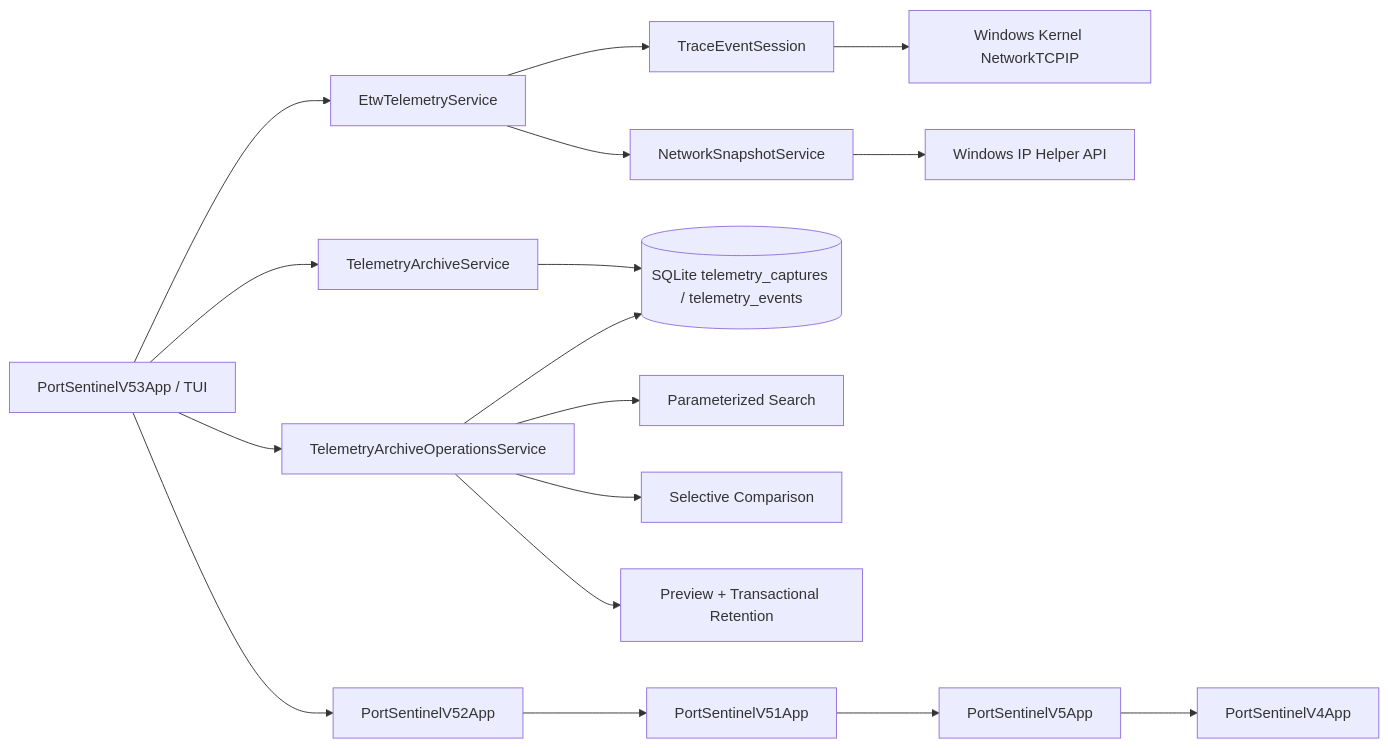
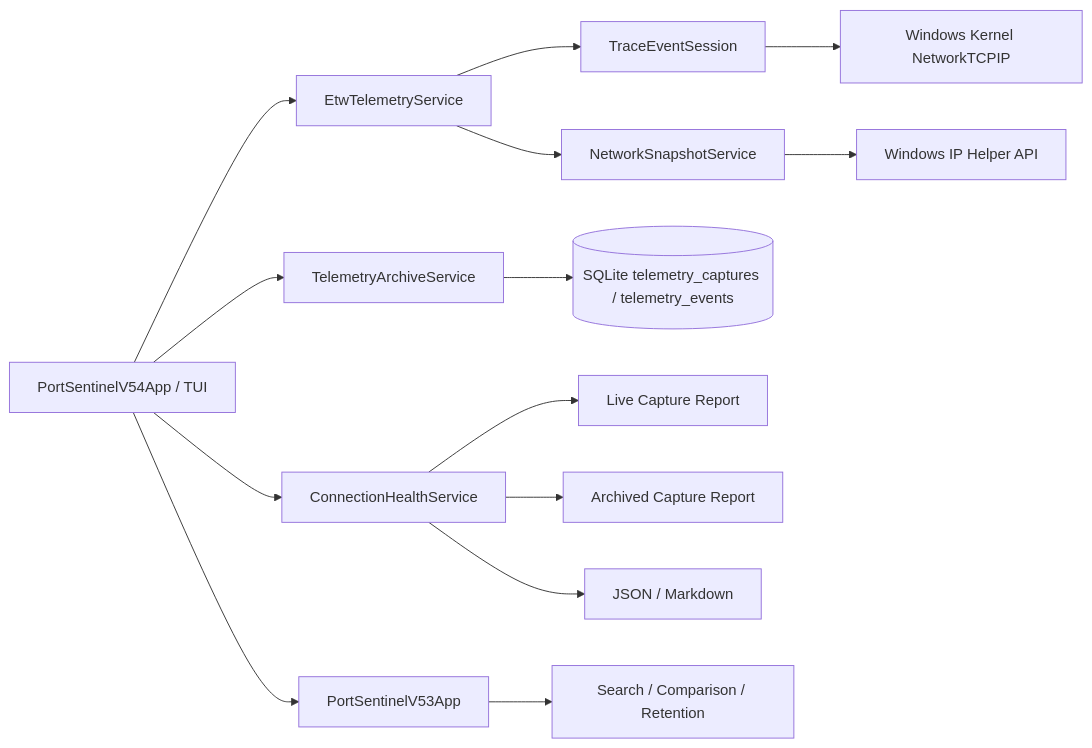
One commit to Onmaynec/PortSentinel changed the diagram in docs/ARCHITECTURE.md. Above: the diagram before and after it, drawn with Mermaid. The commit also changed other lines of this file, not shown here.

Commit message:
Document Connection Health architecture

````diff
--- a/docs/ARCHITECTURE.md
+++ b/docs/ARCHITECTURE.md
@@ -5,19 +5,16 @@
 ```mermaid
 flowchart LR
-    UI[PortSentinelV53App / TUI] --> ETW[EtwTelemetryService]
+    UI[PortSentinelV54App / TUI] --> ETW[EtwTelemetryService]
     ETW --> TRACE[TraceEventSession]
     TRACE --> KERNEL[Windows Kernel NetworkTCPIP]
     ETW --> FALLBACK[NetworkSnapshotService]
     FALLBACK --> IPH[Windows IP Helper API]
     UI --> ARCHIVE[TelemetryArchiveService]
     ARCHIVE --> DB[(SQLite telemetry_captures / telemetry_events)]
-    UI --> OPS[TelemetryArchiveOperationsService]
-    OPS --> DB
-    OPS --> SEARCH[Parameterized Search]
-    OPS --> COMPARE[Selective Comparison]
-    OPS --> RETENTION[Preview + Transactional Retention]
-    UI --> V52[PortSentinelV52App]
-    V52 --> V51[PortSentinelV51App]
-    V51 --> V5[PortSentinelV5App]
-    V5 --> V4[PortSentinelV4App]
+    UI --> HEALTH[ConnectionHealthService]
+    HEALTH --> LIVE[Live Capture Report]
+    HEALTH --> SAVED[Archived Capture Report]
+    HEALTH --> REPORTS[JSON / Markdown]
+    UI --> V53[PortSentinelV53App]
+    V53 --> OPS[Search / Comparison / Retention]
 ```
````
